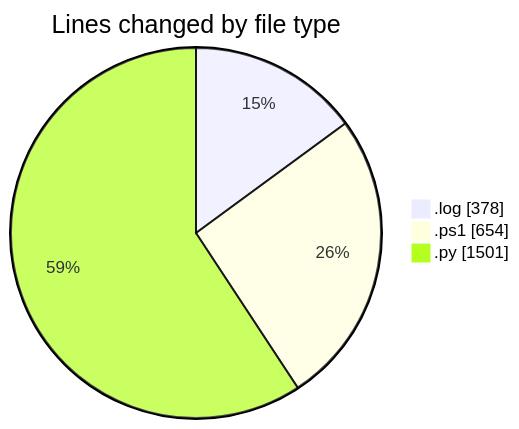
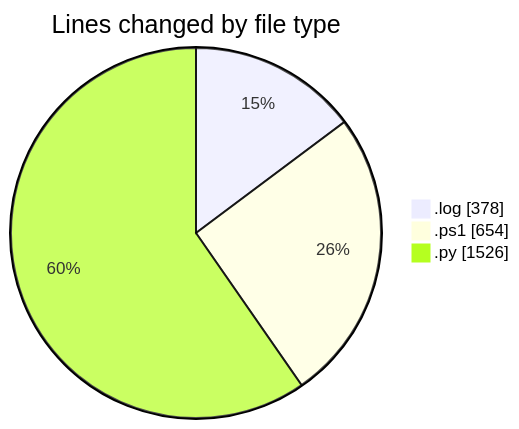
Before and after one commit to shibass792/code-tracking: the first of 2 diagrams in 2026-07-08/twenty_versions_aminor/README.md, drawn with Mermaid. The commit also changed other lines of this file and 1 other file, not shown here.

````diff
--- a/2026-07-08/twenty_versions_aminor/README.md
+++ b/2026-07-08/twenty_versions_aminor/README.md
@@ -23,7 +24,7 @@
 ```mermaid
 pie showData
 title Lines changed by file type
 ".log" : 378
 ".ps1" : 654
-".py" : 1501
+".py" : 1526
 ```
````
